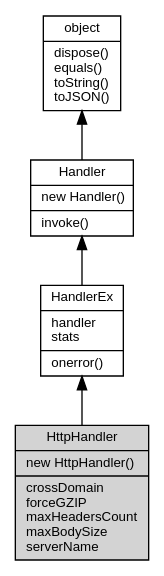
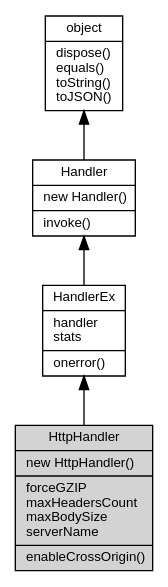
One commit to fibjs/fibjs.org changed the diagram in docs/manual/object/ifs/HttpHandler.md. Above: the diagram before and after it, drawn with Graphviz. The commit also changed other lines of this file and 241 other files, not shown here.

````diff
--- a/docs/manual/object/ifs/HttpHandler.md
+++ b/docs/manual/object/ifs/HttpHandler.md
@@ -17,14 +17,14 @@
 ```dot
 digraph {
     node [fontname="Helvetica,sans-Serif", fontsize=10, shape="record", style="filled", fillcolor="white"];
 
     object [tooltip="object", URL="object.md", label="{object|dispose()\lequals()\ltoString()\ltoJSON()\l}"];
     Handler [tooltip="Handler", URL="Handler.md", label="{Handler|new Handler()\l|invoke()\l}"];
     HandlerEx [tooltip="HandlerEx", URL="HandlerEx.md", label="{HandlerEx|handler\lstats\l|onerror()\l}"];
-    HttpHandler [tooltip="HttpHandler", fillcolor="lightgray", label="{HttpHandler|new HttpHandler()\l|crossDomain\lforceGZIP\lmaxHeadersCount\lmaxBodySize\lserverName\l}"];
+    HttpHandler [tooltip="HttpHandler", fillcolor="lightgray", label="{HttpHandler|new HttpHandler()\l|forceGZIP\lmaxHeadersCount\lmaxBodySize\lserverName\l|enableCrossOrigin()\l}"];
 
     object -> Handler [dir=back];
     Handler -> HandlerEx [dir=back];
     HandlerEx -> HttpHandler [dir=back];
 }
 ```
````
